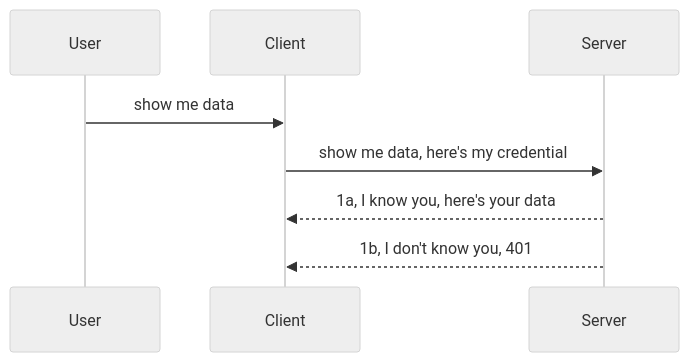
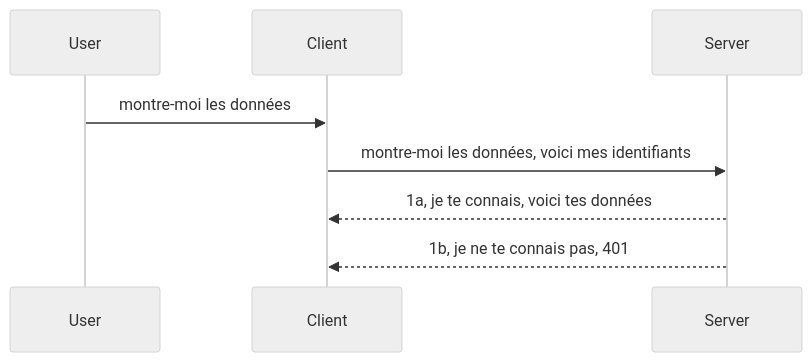
The diagram in translations/fr/03-GettingStarted/11-simple-auth/README.md (Mu-L/mcp-for-beginners), drawn with Mermaid (neutral theme) before and after one commit. The commit also changed other lines of this file and 110 other files, not shown here.

````diff
--- a/translations/fr/03-GettingStarted/11-simple-auth/README.md
+++ b/translations/fr/03-GettingStarted/11-simple-auth/README.md
@@ -24,11 +24,11 @@
 ```mermaid
 sequenceDiagram
    participant User
    participant Client
    participant Server
 
-   User->>Client: show me data
-   Client->>Server: show me data, here's my credential
-   Server-->>Client: 1a, I know you, here's your data
-   Server-->>Client: 1b, I don't know you, 401 
+   User->>Client: montre-moi les données
+   Client->>Server: montre-moi les données, voici mes identifiants
+   Server-->>Client: 1a, je te connais, voici tes données
+   Server-->>Client: 1b, je ne te connais pas, 401 
 ```
````
